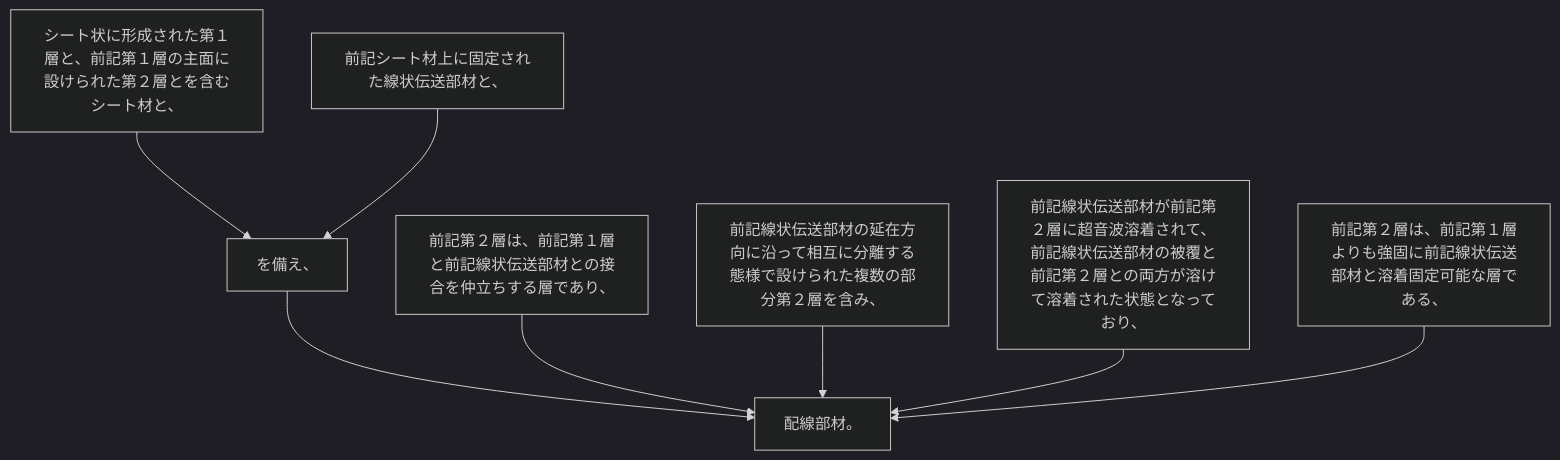
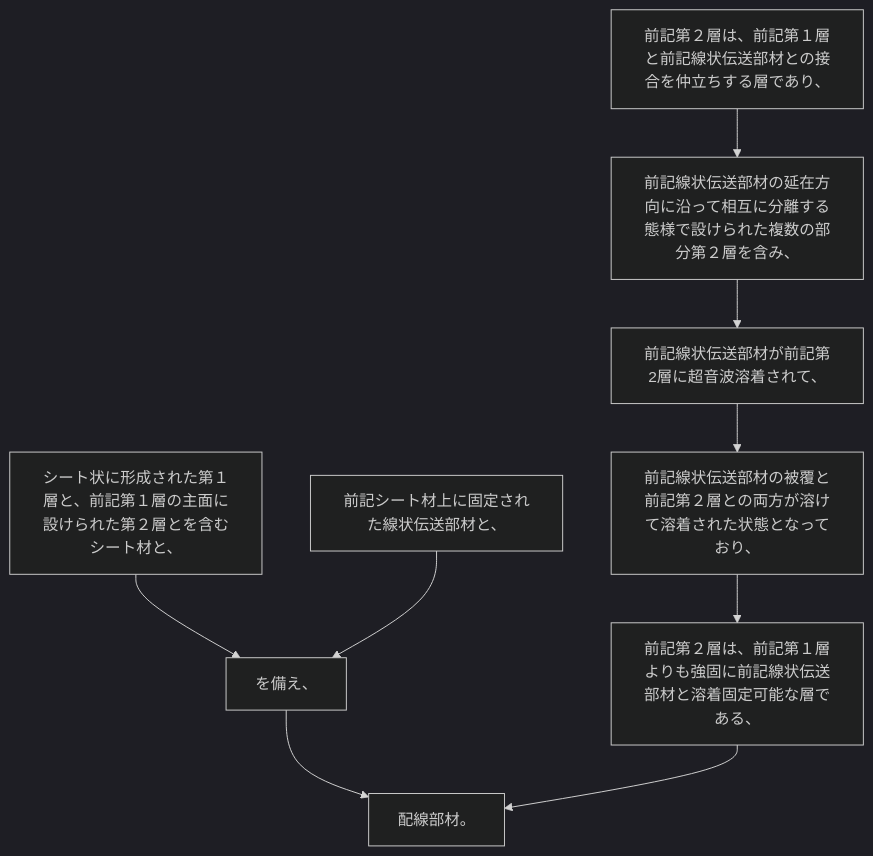
The diagram in 2024/JP2024001238A/claim_1/claim_1_graph.md (shinmori55/patent_analyzed), drawn with Mermaid (dark theme) before and after one commit. The commit also changed 3332 other files, not shown here.

````diff
--- a/2024/JP2024001238A/claim_1/claim_1_graph.md
+++ b/2024/JP2024001238A/claim_1/claim_1_graph.md
@@ -1,18 +1,20 @@
 ```mermaid
 flowchart TD
 A[シート状に形成された第１層と、前記第１層の主面に設けられた第２層とを含むシート材と、]
 B[前記シート材上に固定された線状伝送部材と、]
 C[を備え、]
 D[前記第２層は、前記第１層と前記線状伝送部材との接合を仲立ちする層であり、]
 E[前記線状伝送部材の延在方向に沿って相互に分離する態様で設けられた複数の部分第２層を含み、]
-F[前記線状伝送部材が前記第２層に超音波溶着されて、前記線状伝送部材の被覆と前記第２層との両方が溶けて溶着された状態となっており、]
-G[前記第２層は、前記第１層よりも強固に前記線状伝送部材と溶着固定可能な層である、]
-H[配線部材。]
+F[前記線状伝送部材が前記第2層に超音波溶着されて、]
+G[前記線状伝送部材の被覆と前記第２層との両方が溶けて溶着された状態となっており、]
+H[前記第２層は、前記第１層よりも強固に前記線状伝送部材と溶着固定可能な層である、]
+I[配線部材。]
 A --> C
 B --> C
-C --> H
-D --> H
-E --> H
-F --> H
+C --> I
+D --> E
+E --> F
+F --> G
 G --> H
+H --> I
 ```
````
